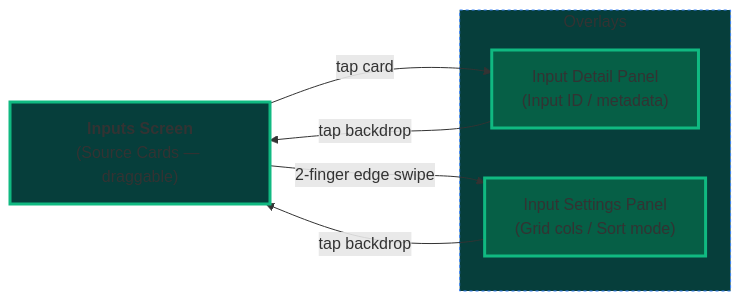
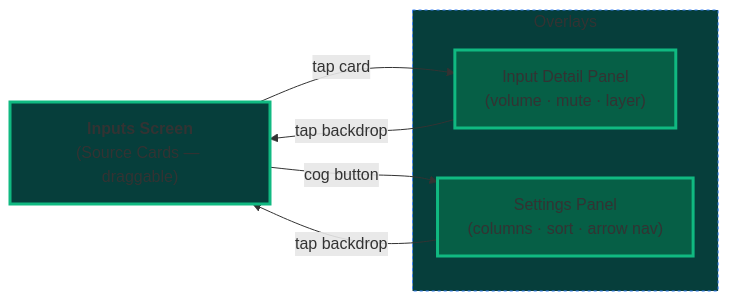
One commit to smelter-labs/smelter-editor changed the third of 4 diagrams in mobile_app/README.md. Above: the diagram before and after it, drawn with Mermaid. The commit also changed other lines of this file and 14 other files, not shown here.

````diff
--- a/mobile_app/README.md
+++ b/mobile_app/README.md
@@ -95,21 +94,21 @@
 ```mermaid
 %%{init: {'flowchart': {'curve': 'basis'}} }%%
 flowchart LR
     Main["<b>Inputs Screen</b><br/>(Source Cards — draggable)"]
 
     subgraph Overlays ["Overlays"]
-        Panel["Input Detail Panel<br/>(Input ID / metadata)"]
-        Settings["Input Settings Panel<br/>(Grid cols / Sort mode)"]
+        Panel["Input Detail Panel<br/>(volume · mute · layer)"]
+        Settings["Settings Panel<br/>(columns · sort · arrow nav)"]
     end
 
     Main -->|"tap card"| Panel
     Panel -->|"tap backdrop"| Main
 
-    Main -->|"2-finger edge swipe"| Settings
+    Main -->|"cog button"| Settings
     Settings -->|"tap backdrop"| Main
 
     style Main fill:#063E3B,stroke:#10B981,stroke-width:3px
     style Panel fill:#065F46,stroke:#10B981,stroke-width:3px
     style Settings fill:#065F46,stroke:#10B981,stroke-width:3px
     style Overlays fill:#063E3B,stroke:#3b82f6,stroke-dasharray: 3 3
 ```
````
